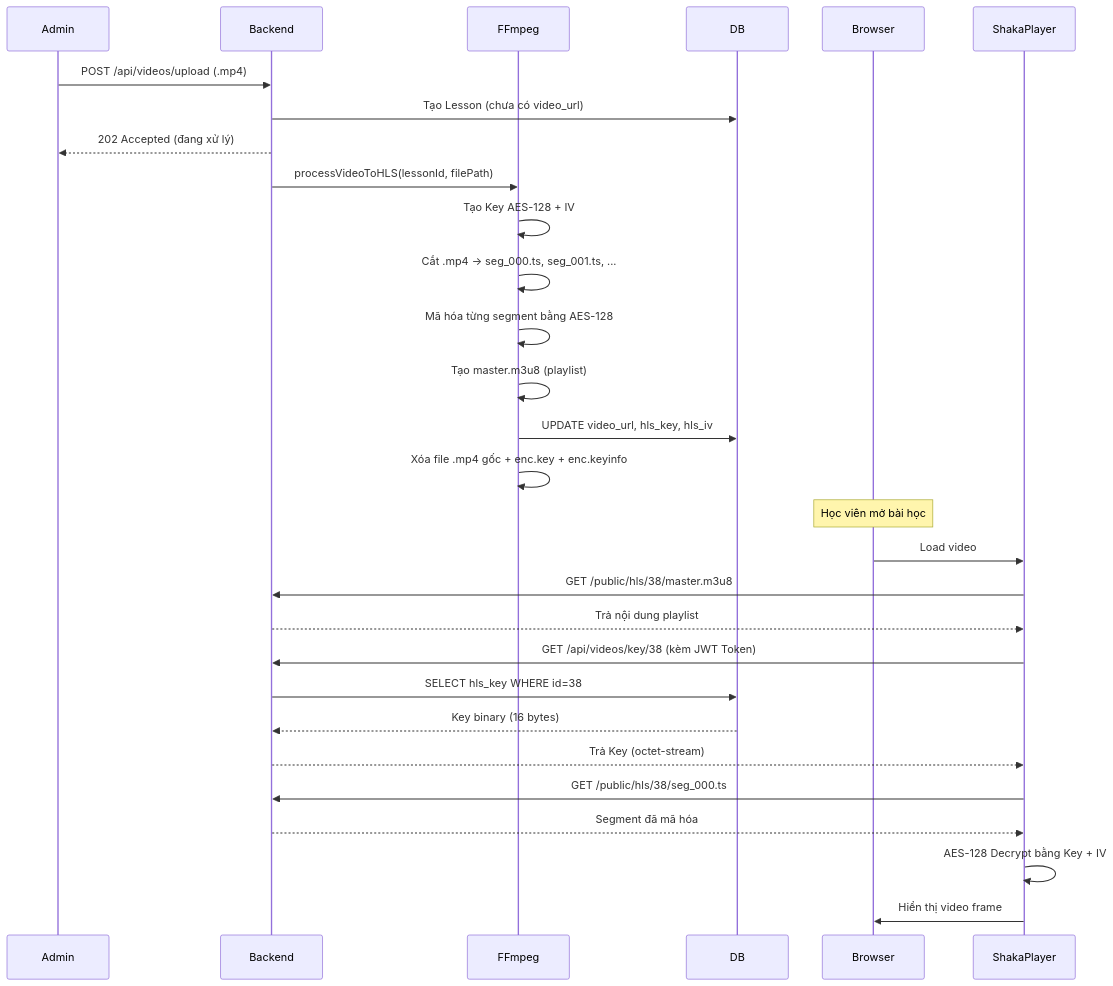
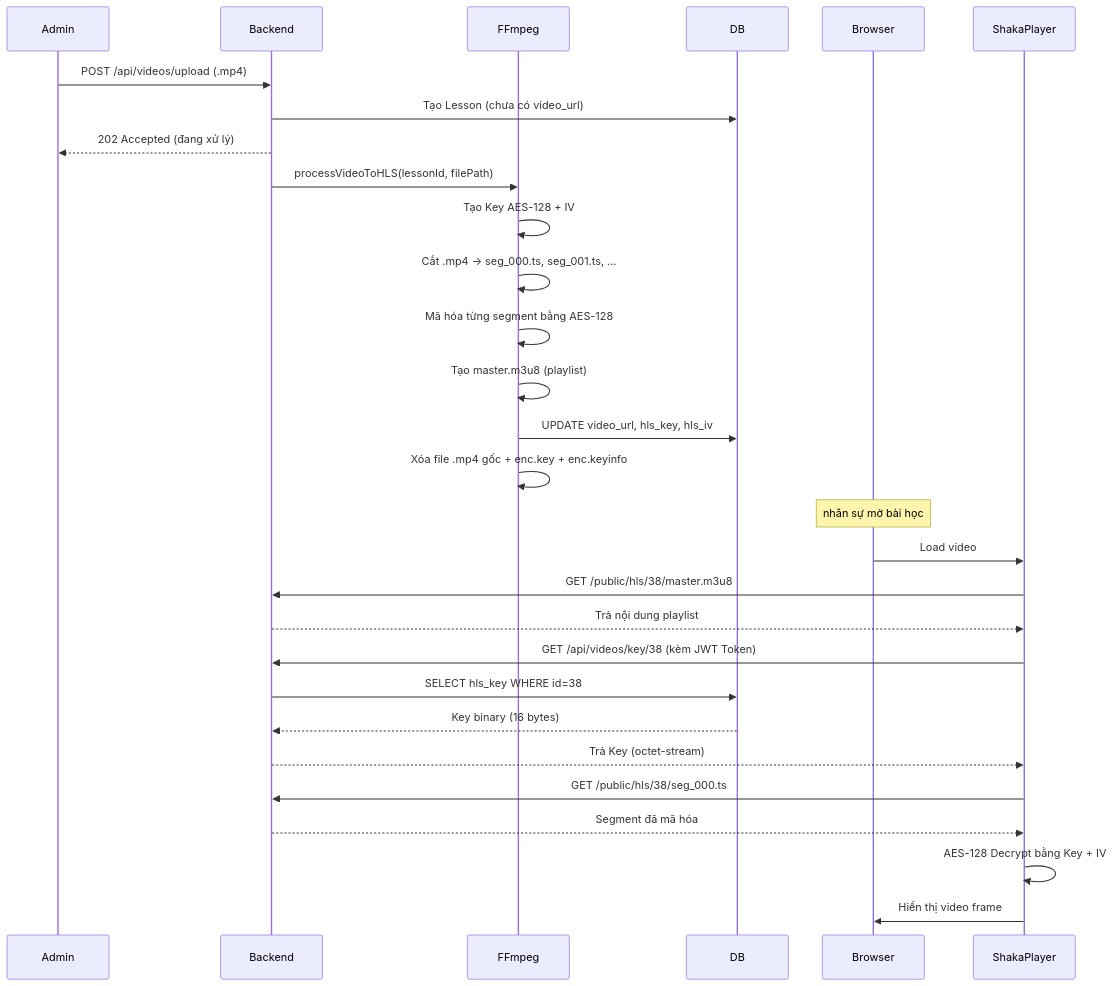
One commit to NguyenHongPhuc-2455/LMS changed the diagram in ProjectInfo/HLS_VIDEO_PIPELINE.md. Above: the diagram before and after it, drawn with Mermaid. The commit also changed other lines of this file and 77 other files, not shown here.

````diff
--- a/ProjectInfo/HLS_VIDEO_PIPELINE.md
+++ b/ProjectInfo/HLS_VIDEO_PIPELINE.md
@@ -319,34 +319,34 @@
 ```mermaid
 sequenceDiagram
     participant Admin
     participant Backend
     participant FFmpeg
     participant DB
     participant Browser
     participant ShakaPlayer
 
     Admin->>Backend: POST /api/videos/upload (.mp4)
     Backend->>DB: Tạo Lesson (chưa có video_url)
     Backend-->>Admin: 202 Accepted (đang xử lý)
     Backend->>FFmpeg: processVideoToHLS(lessonId, filePath)
     FFmpeg->>FFmpeg: Tạo Key AES-128 + IV
     FFmpeg->>FFmpeg: Cắt .mp4 → seg_000.ts, seg_001.ts, ...
     FFmpeg->>FFmpeg: Mã hóa từng segment bằng AES-128
     FFmpeg->>FFmpeg: Tạo master.m3u8 (playlist)
     FFmpeg->>DB: UPDATE video_url, hls_key, hls_iv
     FFmpeg->>FFmpeg: Xóa file .mp4 gốc + enc.key + enc.keyinfo
 
-    Note over Browser: Học viên mở bài học
+    Note over Browser: nhân sự mở bài học
 
     Browser->>ShakaPlayer: Load video
     ShakaPlayer->>Backend: GET /public/hls/38/master.m3u8
     Backend-->>ShakaPlayer: Trả nội dung playlist
     ShakaPlayer->>Backend: GET /api/videos/key/38 (kèm JWT Token)
     Backend->>DB: SELECT hls_key WHERE id=38
     DB-->>Backend: Key binary (16 bytes)
     Backend-->>ShakaPlayer: Trả Key (octet-stream)
     ShakaPlayer->>Backend: GET /public/hls/38/seg_000.ts
     Backend-->>ShakaPlayer: Segment đã mã hóa
     ShakaPlayer->>ShakaPlayer: AES-128 Decrypt bằng Key + IV
     ShakaPlayer->>Browser: Hiển thị video frame
 ```
````
